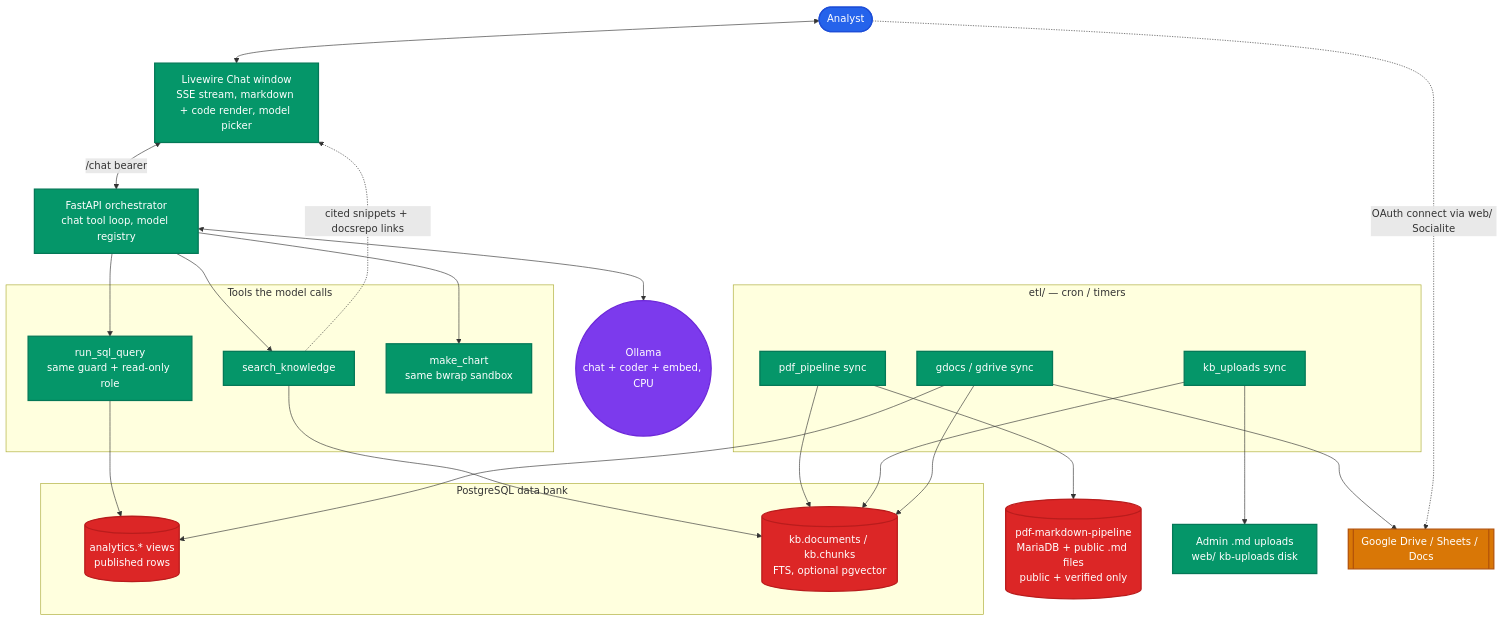
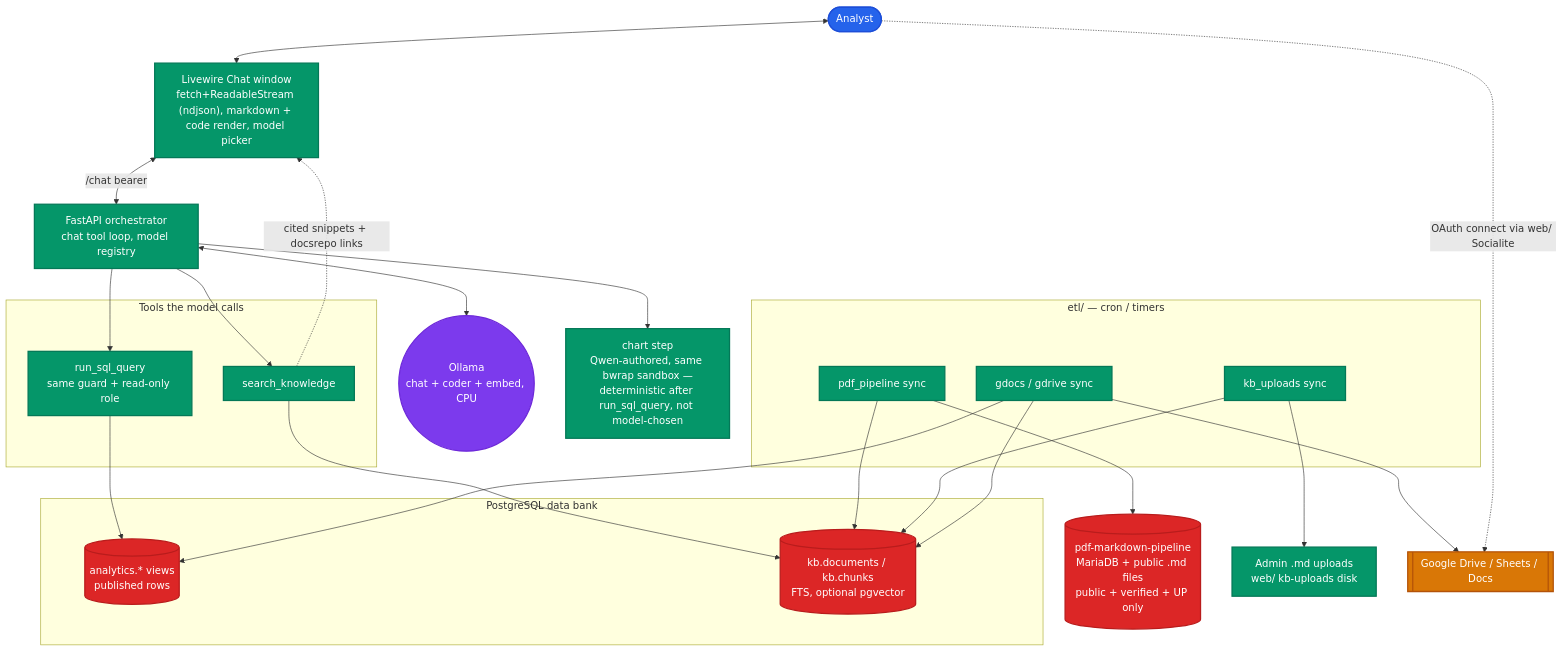
One commit to SubhanRaj/excise-mcp-dashboard changed the fifth of 7 diagrams in ARCHITECTURE.md. Above: the diagram before and after it, drawn with Mermaid. The commit also changed other lines of this file and 8 other files, not shown here.

````diff
--- a/ARCHITECTURE.md
+++ b/ARCHITECTURE.md
@@ -424,54 +466,54 @@
 ```mermaid
 flowchart TD
     classDef client fill:#2563eb,stroke:#1d4ed8,stroke-width:2px,color:#fff
     classDef app fill:#059669,stroke:#047857,stroke-width:2px,color:#fff
     classDef ai fill:#7c3aed,stroke:#6d28d9,stroke-width:2px,color:#fff
     classDef db fill:#dc2626,stroke:#b91c1c,stroke-width:2px,color:#fff
     classDef ext fill:#d97706,stroke:#b45309,stroke-width:2px,color:#fff
 
     User(["Analyst"]):::client
-    Chat["Livewire Chat window<br/>SSE stream, markdown + code render, model picker"]:::app
+    Chat["Livewire Chat window<br/>fetch+ReadableStream (ndjson), markdown + code render, model picker"]:::app
     Orch["FastAPI orchestrator<br/>chat tool loop, model registry"]:::app
     Ollama(("Ollama<br/>chat + coder + embed, CPU")):::ai
 
     subgraph Tools["Tools the model calls"]
         T1["search_knowledge"]:::app
         T2["run_sql_query<br/>same guard + read-only role"]:::app
-        T3["make_chart<br/>same bwrap sandbox"]:::app
     end
+    T3["chart step<br/>Qwen-authored, same bwrap sandbox —<br/>deterministic after run_sql_query, not model-chosen"]:::app
 
     subgraph Bank["PostgreSQL data bank"]
         AN[("analytics.* views<br/>published rows")]:::db
         KB[("kb.documents / kb.chunks<br/>FTS, optional pgvector")]:::db
     end
 
     subgraph Ingest["etl/ — cron / timers"]
         E1["pdf_pipeline sync"]:::app
         E2["kb_uploads sync"]:::app
         E3["gdocs / gdrive sync"]:::app
     end
 
-    PDFP[("pdf-markdown-pipeline<br/>MariaDB + public .md files<br/>public + verified only")]:::db
+    PDFP[("pdf-markdown-pipeline<br/>MariaDB + public .md files<br/>public + verified + UP only")]:::db
     UP["Admin .md uploads<br/>web/ kb-uploads disk"]:::app
     G[["Google Drive / Sheets / Docs"]]:::ext
 
     User <--> Chat
     Chat <-->|"/chat bearer"| Orch
     Orch <--> Ollama
     Orch --> T1
     T1 --> KB
     Orch --> T2
     T2 --> AN
     Orch --> T3
     T1 -.->|"cited snippets + docsrepo links"| Chat
 
     E1 --> PDFP
     E1 --> KB
     E2 --> UP
     E2 --> KB
     E3 --> G
     E3 --> KB
     E3 --> AN
 
     User -.->|"OAuth connect via web/ Socialite"| G
 ```
````
